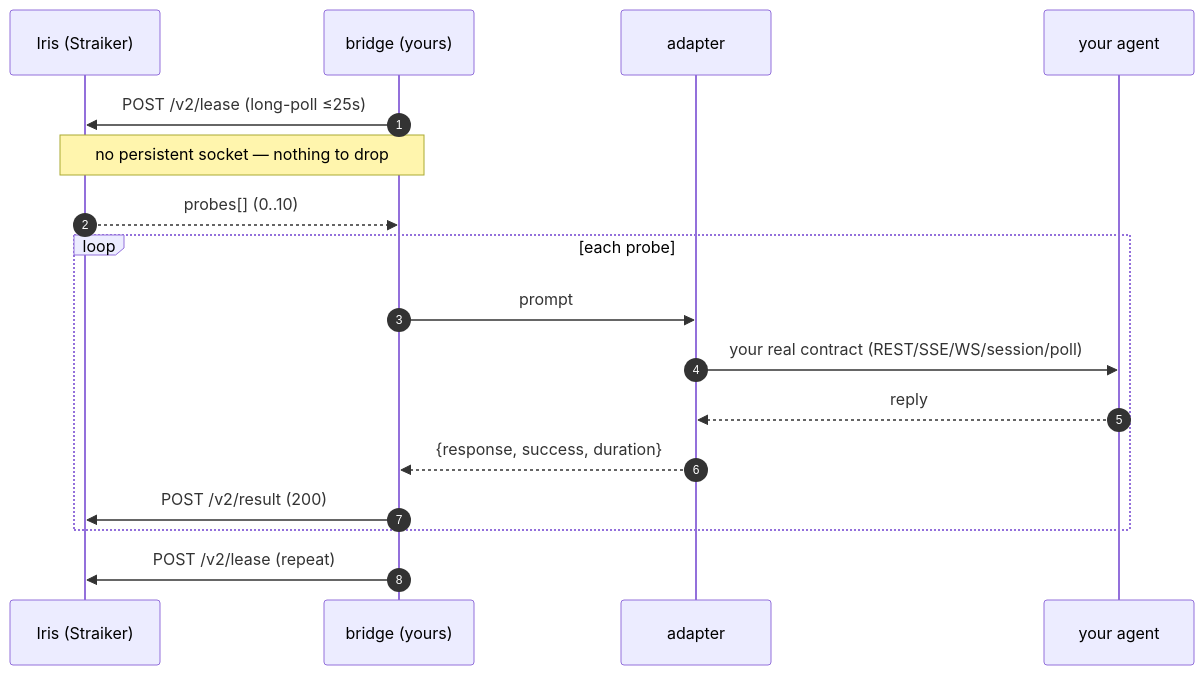
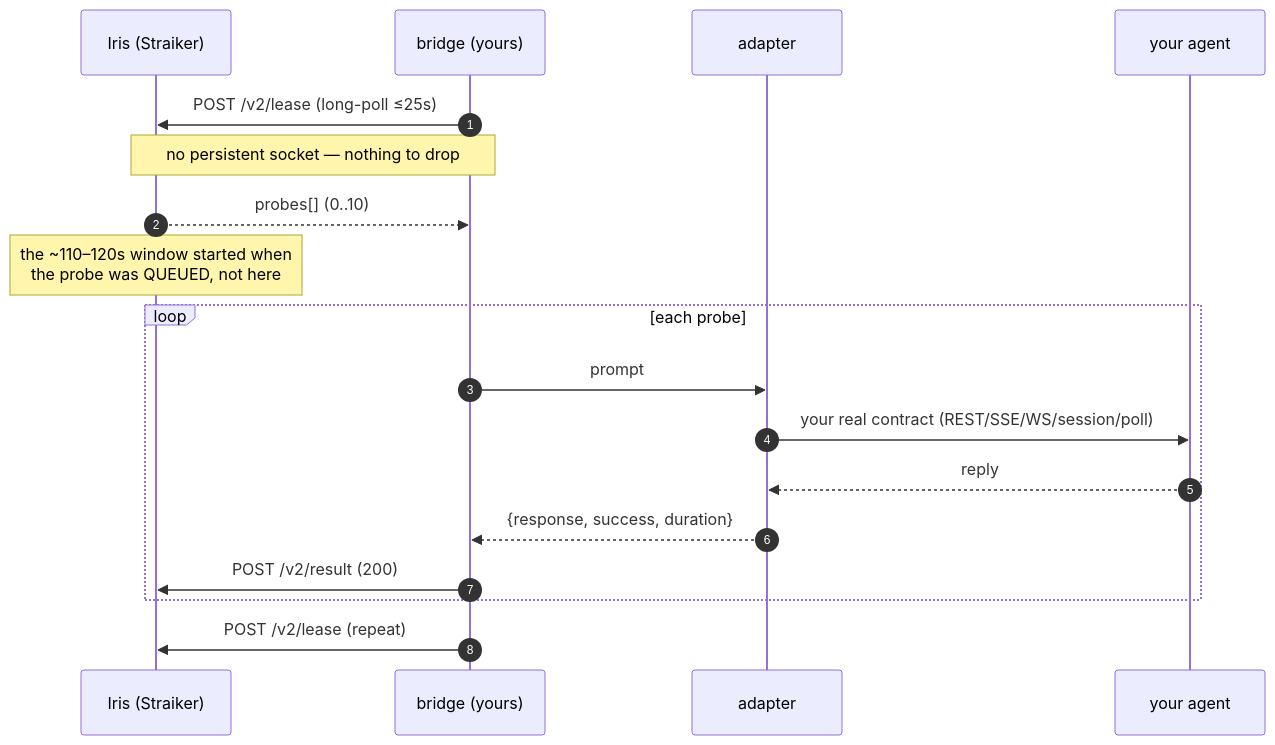
One commit to PhimmStraiker/ascend-cli changed the second of 5 diagrams in docs/ARCHITECTURE.md. Above: the diagram before and after it, drawn with Mermaid. The commit also changed other lines of this file and 33 other files, not shown here.

First line of the commit message:
Resolve configs consistently, and make the docs and diagrams describe 1.1 (#29)

````diff
--- a/docs/ARCHITECTURE.md
+++ b/docs/ARCHITECTURE.md
@@ -56,20 +63,21 @@
 ```mermaid
 sequenceDiagram
     autonumber
     participant I as Iris (Straiker)
     participant R as bridge (yours)
     participant A as adapter
     participant T as your agent
 
     R->>I: POST /v2/lease (long-poll ≤25s)
     Note over R,I: no persistent socket — nothing to drop
     I-->>R: probes[] (0..10)
+    Note over I: the ~110–120s window started when<br/>the probe was QUEUED, not here
     loop each probe
         R->>A: prompt
             A->>T: your real contract (REST/SSE/WS/session/poll)
             T-->>A: reply
             A-->>R: {response, success, duration}
             R->>I: POST /v2/result (200)
     end
     R->>I: POST /v2/lease (repeat)
 ```
````
